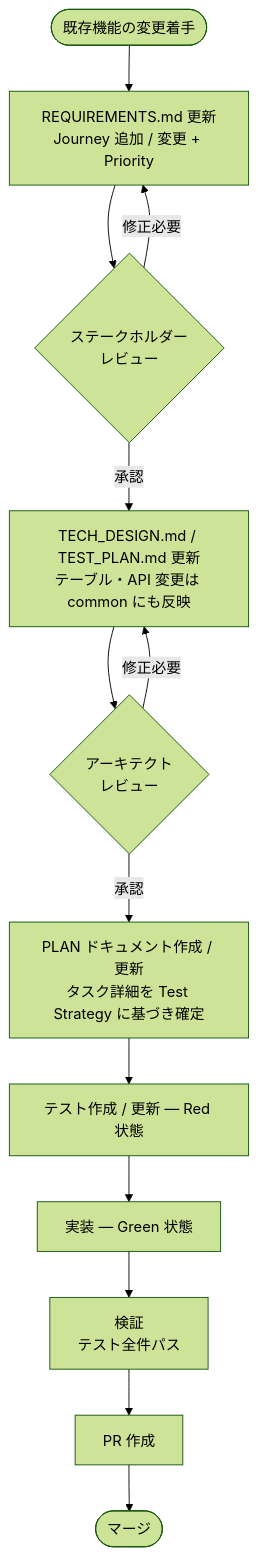
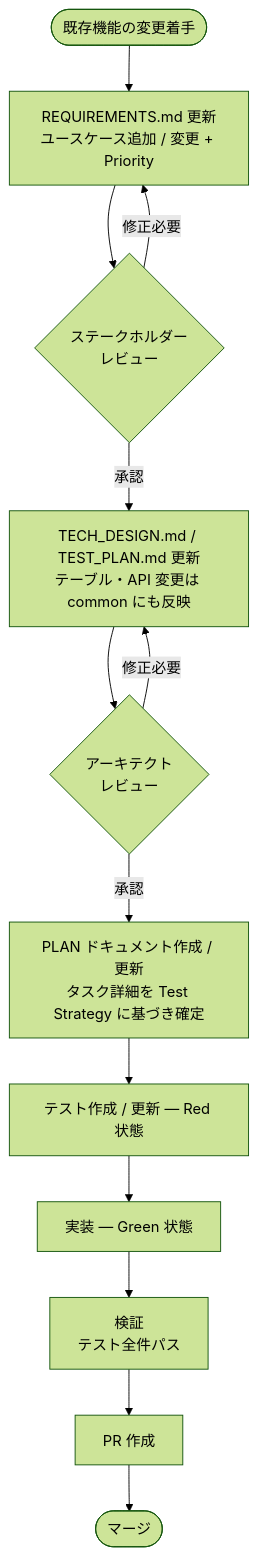
Before and after one commit to careerchain-ys/stdd: the third of 5 diagrams in packages/core/docs/stdd-methodology.md, drawn with Mermaid (forest theme). The commit also changed other lines of this file and 44 other files, not shown here.

````diff
--- a/packages/core/docs/stdd-methodology.md
+++ b/packages/core/docs/stdd-methodology.md
@@ -199,27 +199,27 @@
 ```mermaid
 flowchart TD
     Start([既存機能の変更着手])
-    Req[REQUIREMENTS.md 更新<br/>Journey 追加 / 変更 + Priority]
+    Req[REQUIREMENTS.md 更新<br/>ユースケース追加 / 変更 + Priority]
     StakeholderReview{ステークホルダー<br/>レビュー}
     Tech[TECH_DESIGN.md / TEST_PLAN.md 更新<br/>テーブル・API 変更は common にも反映]
     ArchReview{アーキテクト<br/>レビュー}
     Plan[PLAN ドキュメント作成 / 更新<br/>タスク詳細を Test Strategy に基づき確定]
     Red[テスト作成 / 更新 — Red 状態]
     Green[実装 — Green 状態]
     Verify[検証<br/>テスト全件パス]
     PR[PR 作成]
     Merge([マージ])
 
     Start --> Req
     Req --> StakeholderReview
     StakeholderReview -- 修正必要 --> Req
     StakeholderReview -- 承認 --> Tech
     Tech --> ArchReview
     ArchReview -- 修正必要 --> Tech
     ArchReview -- 承認 --> Plan
     Plan --> Red
     Red --> Green
     Green --> Verify
     Verify --> PR
     PR --> Merge
 ```
````
